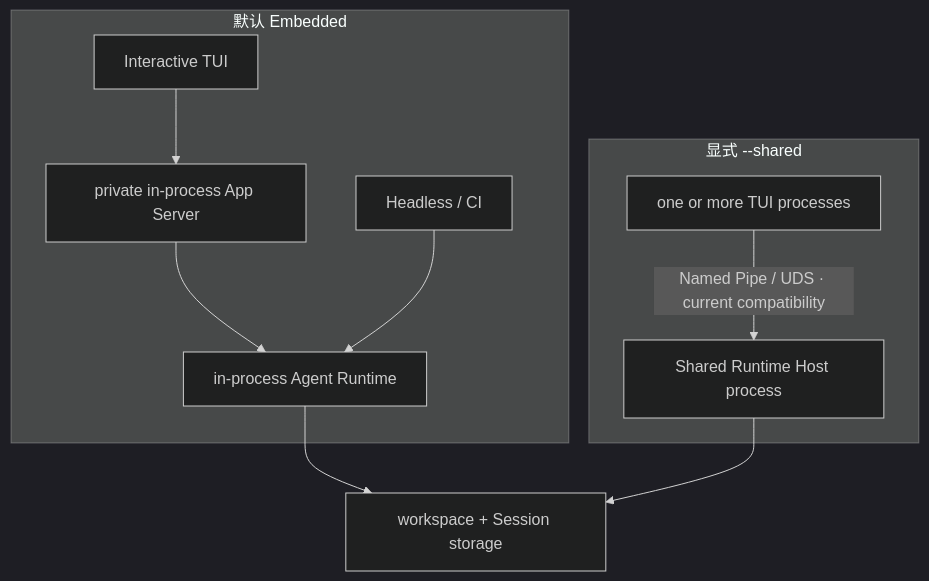
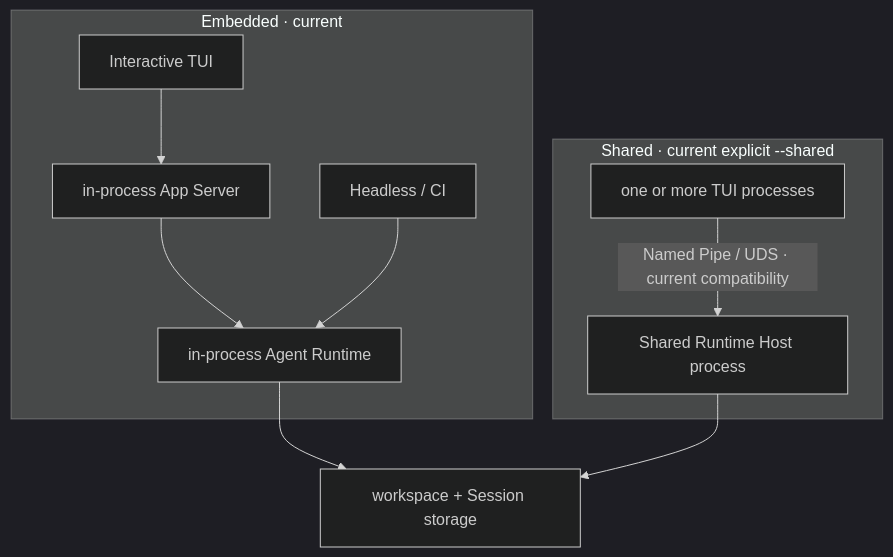
Diagram 14 of 17 in docs/architecture/agent-runtime-deployment-design.md (1688mengdie/BitFun), drawn with Mermaid (dark theme) before and after one commit. The commit also changed other lines of this file and 4 other files, not shown here.

````diff
--- a/docs/architecture/agent-runtime-deployment-design.md
+++ b/docs/architecture/agent-runtime-deployment-design.md
@@ -382,13 +414,13 @@
 ```mermaid
 flowchart TB
-  subgraph Embedded["默认 Embedded"]
-    TUI["Interactive TUI"] --> AppServer["private in-process App Server"]
+  subgraph Embedded["Embedded · current"]
+    TUI["Interactive TUI"] --> AppServer["in-process App Server"]
     AppServer --> Runtime["in-process Agent Runtime"]
     Headless["Headless / CI"] --> Runtime
   end
-  subgraph Shared["显式 --shared"]
+  subgraph Shared["Shared · current explicit --shared"]
     Clients["one or more TUI processes"] -->|"Named Pipe / UDS · current compatibility"| SharedRuntime["Shared Runtime Host process"]
   end
   Runtime --> Data["workspace + Session storage"]
   SharedRuntime --> Data
 ```
````
